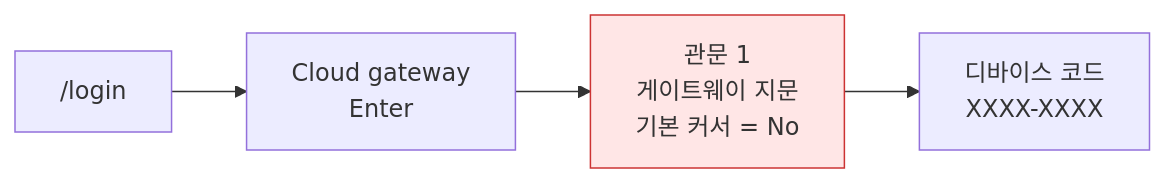
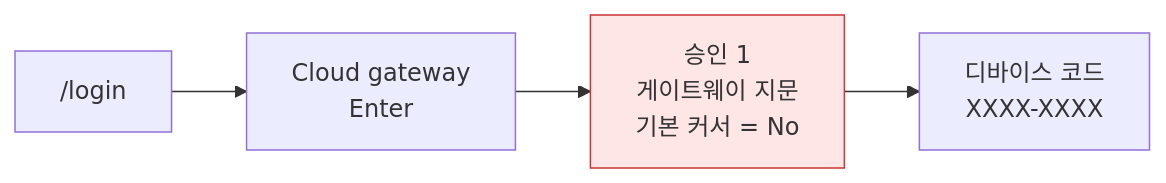
The second of 4 diagrams in docs/claude-code/gateway.md (ddiiwoong/newblog), drawn with Mermaid before and after one commit. The commit also changed other lines of this file and 2 other files, not shown here.

````diff
--- a/docs/claude-code/gateway.md
+++ b/docs/claude-code/gateway.md
@@ -367,7 +367,7 @@
 ```mermaid
 flowchart LR
     A["/login"] --> B["Cloud gateway<br/>Enter"]
-    B --> G1["관문 1<br/>게이트웨이 지문<br/>기본 커서 = No"]
+    B --> G1["승인 1<br/>게이트웨이 지문<br/>기본 커서 = No"]
     G1 --> C["디바이스 코드<br/>XXXX-XXXX"]
     style G1 fill:#ffe6e6,stroke:#c33
 ```
````
